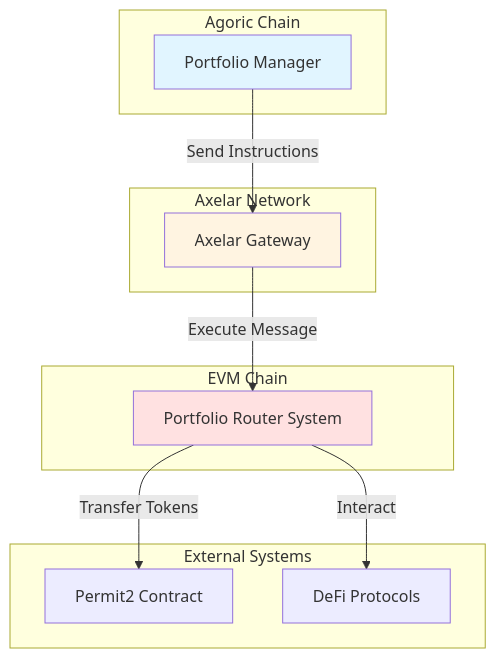
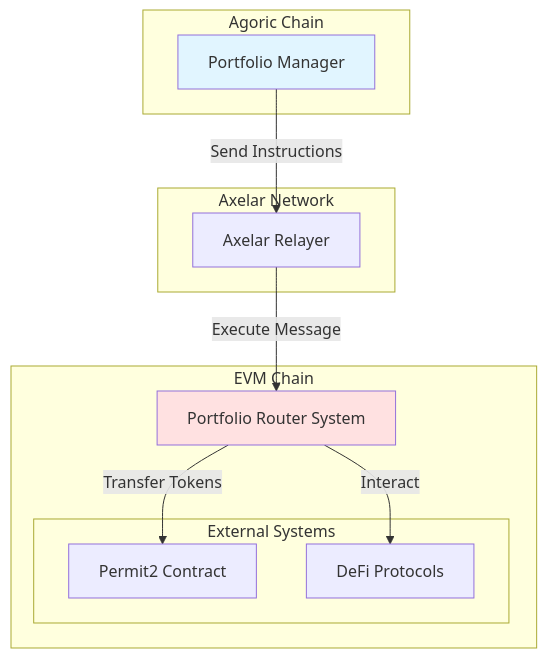
The first of 10 diagrams in packages/axelar-local-dev-cosmos/src/contracts/design.md (agoric-labs/agoric-to-axelar-local), drawn with Mermaid before and after one commit. The commit also changed other lines of this file, not shown here.

````diff
--- a/packages/axelar-local-dev-cosmos/src/contracts/design.md
+++ b/packages/axelar-local-dev-cosmos/src/contracts/design.md
@@ -11,28 +11,27 @@
 ```mermaid
 graph TB
     subgraph "Agoric Chain"
         PM[Portfolio Manager]
     end
     
     subgraph "Axelar Network"
-        AG[Axelar Gateway]
+        EX[Axelar Relayer]
     end
     
     subgraph "EVM Chain"
         PRS[Portfolio Router System]
+  
+        subgraph "External Systems"
+            P2[Permit2 Contract]
+            DEFI[DeFi Protocols]
+        end
     end
-    
-    subgraph "External Systems"
-        P2[Permit2 Contract]
-        DEFI[DeFi Protocols]
-    end
-    
-    PM -->|Send Instructions| AG
-    AG -->|Execute Message| PRS
+
+    PM -->|Send Instructions| EX
+    EX -->|Execute Message| PRS
     PRS -->|Transfer Tokens| P2
     PRS -->|Interact| DEFI
     
     style PM fill:#e1f5ff
     style PRS fill:#ffe1e1
-    style AG fill:#fff4e1
 ```
````
